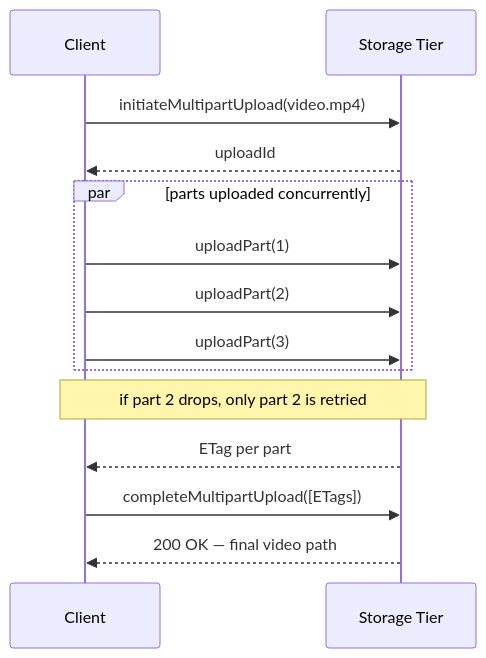
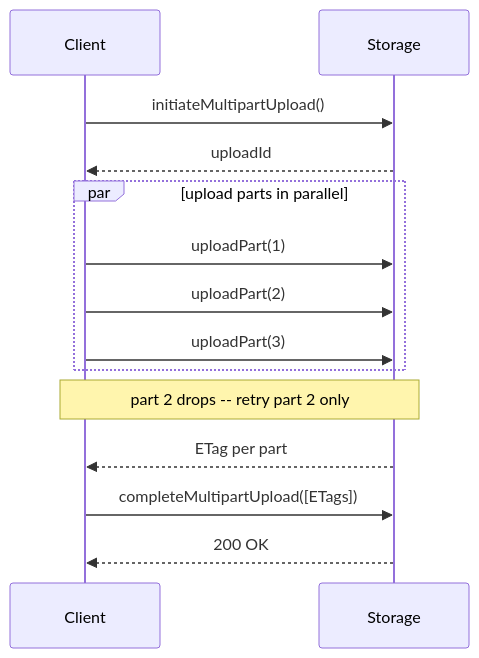
One commit to riyaz-pasha/Learnings changed the ninth of 16 diagrams in system-design/HLD/0-course/20-Blob-Store-FAANG-Guide-story.md. Above: the diagram before and after it, drawn with Mermaid. The commit also changed other lines of this file and 1 other file, not shown here.

First line of the commit message:
improve readability and fix mermaid diagrams for Blob Store guides

````diff
--- a/system-design/HLD/0-course/20-Blob-Store-FAANG-Guide-story.md
+++ b/system-design/HLD/0-course/20-Blob-Store-FAANG-Guide-story.md
@@ -251,17 +451,19 @@
 ```mermaid
 sequenceDiagram
     participant C as Client
-    participant S as Storage Tier
+    participant S as Storage
 
-    C->>S: initiateMultipartUpload(video.mp4)
+    C->>S: initiateMultipartUpload()
     S-->>C: uploadId
-    par parts uploaded concurrently
+
+    par upload parts in parallel
         C->>S: uploadPart(1)
         C->>S: uploadPart(2)
         C->>S: uploadPart(3)
     end
-    Note over C,S: if part 2 drops, only part 2 is retried
+
+    Note over C,S: part 2 drops -- retry part 2 only
     S-->>C: ETag per part
     C->>S: completeMultipartUpload([ETags])
-    S-->>C: 200 OK — final video path
+    S-->>C: 200 OK
 ```
````
